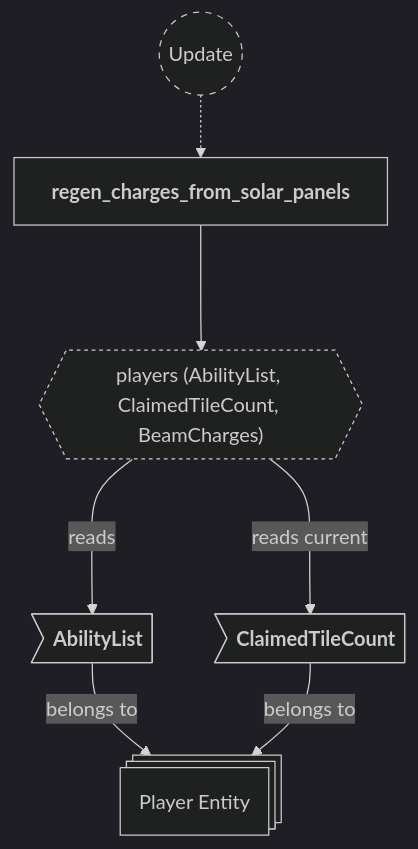
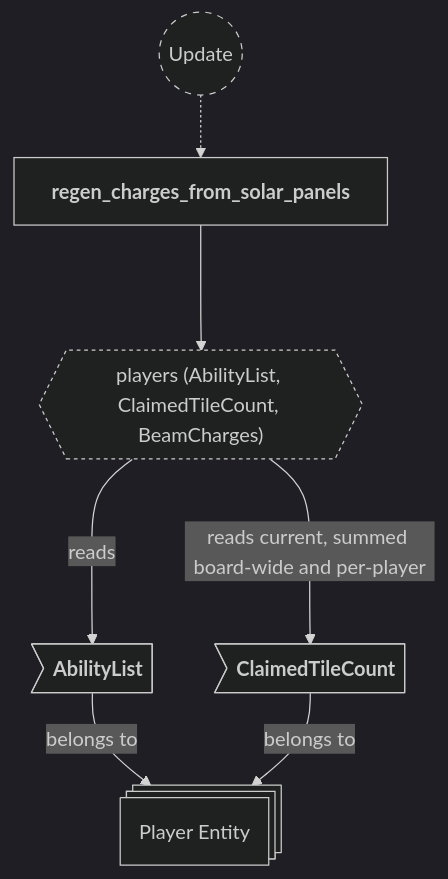
Before and after one commit to neurosoup/tyled: the third of 6 diagrams in backlog/docs/doc-23 - 021-Charge-plugin.md, drawn with Mermaid. The commit also changed other lines of this file and 8 other files, not shown here.

````diff
--- a/backlog/docs/doc-23 - 021-Charge-plugin.md
+++ b/backlog/docs/doc-23 - 021-Charge-plugin.md
@@ -121,26 +122,26 @@
 ```mermaid
 ---
 config:
   theme: dark
 ---
 
 flowchart TD
 classDef system-group stroke-dasharray: 5 5
 classDef query stroke-dasharray: 3 3
 
 update(("`Update`")):::system-group
 regen["`**regen_charges_from_solar_panels**`"]
 
 update -.-> regen
 
 players_query{{"`players (AbilityList, ClaimedTileCount, BeamCharges)`"}}:::query
 regen ---> players_query
 
 player_entity@{ shape: st-rect, label: "Player Entity" }
 
 ability_list>"`**AbilityList**`"] --> |belongs to| player_entity
 claimed_tile_count>"`**ClaimedTileCount**`"] --> |belongs to| player_entity
 
 players_query ---> |reads| ability_list
-players_query ---> |reads current| claimed_tile_count
+players_query ---> |reads current, summed board-wide and per-player| claimed_tile_count
 ```
````
